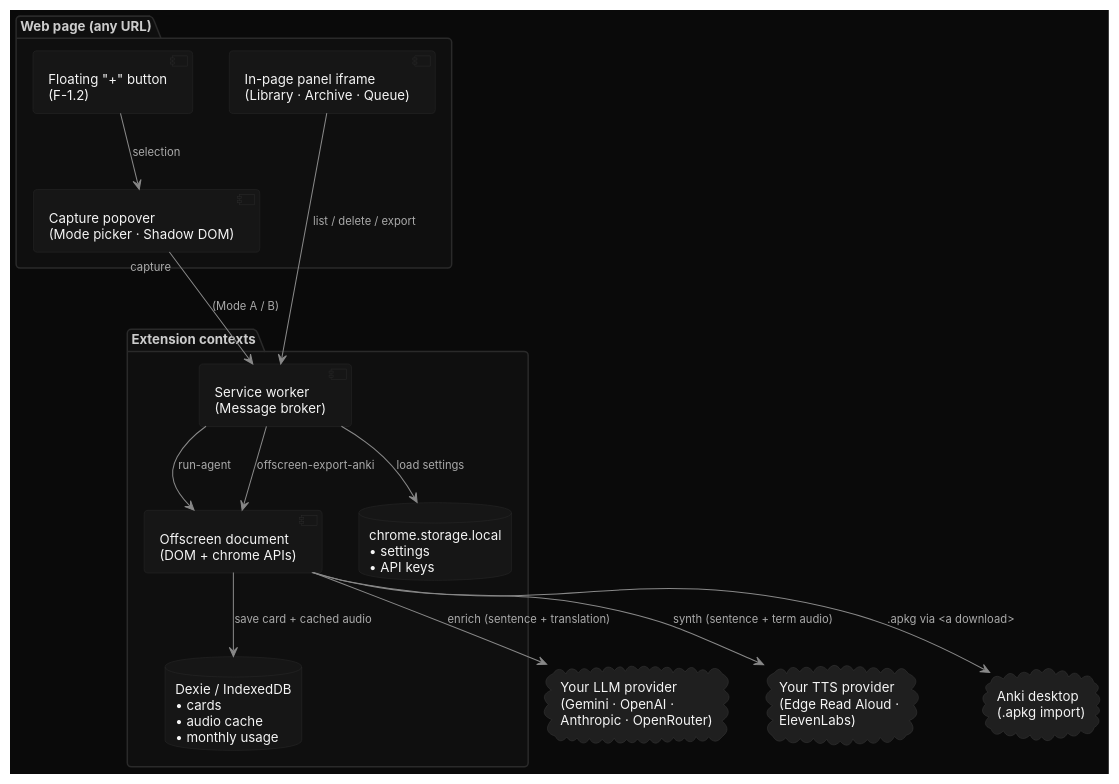
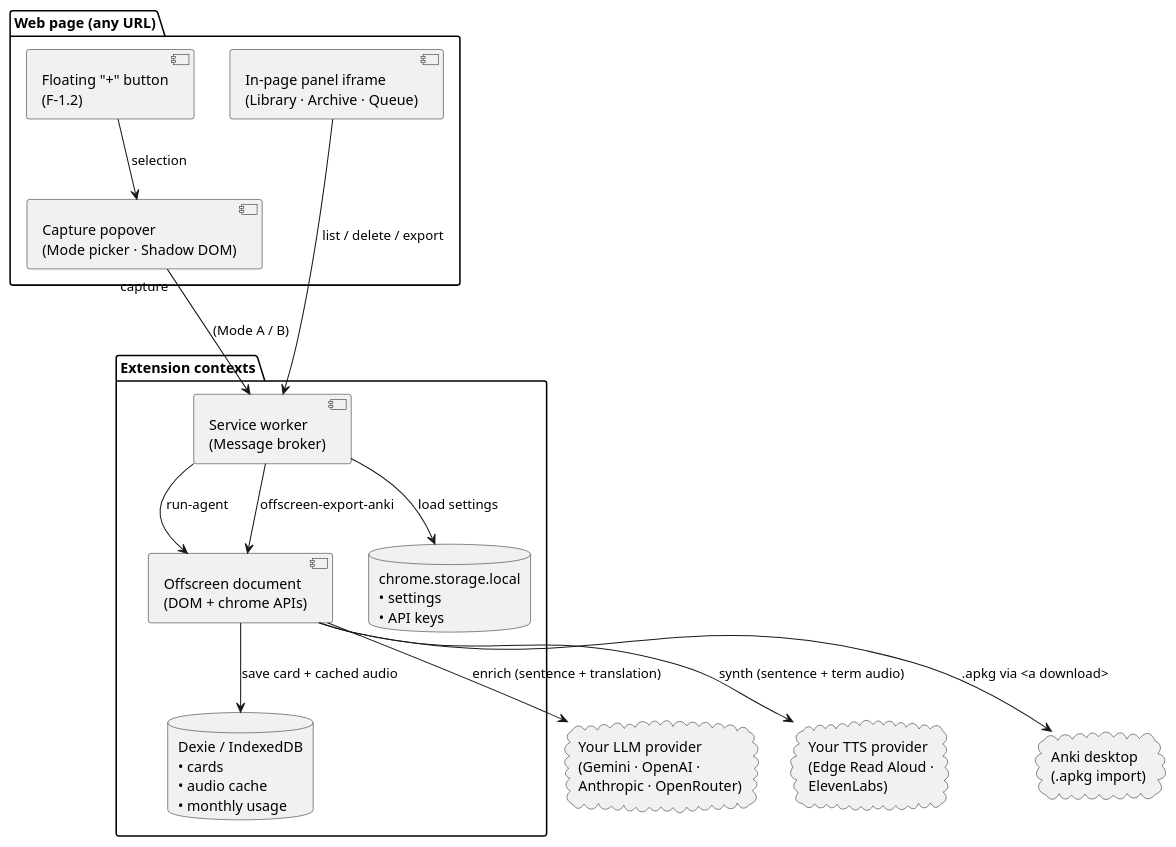
Before and after one commit to eliasbiondo/hermes: the diagram in docs/architecture.puml, drawn with PlantUML.

Commit message:
docs(diagram): drop custom skinparams from architecture.puml
Use PlantUML's default look — squared corners, default colors,
default font. The dark-themed styling didn't read well against
GitHub's light README background.

```diff
--- a/docs/architecture.puml
+++ b/docs/architecture.puml
@@ -1,66 +1,35 @@
 @startuml hermes-architecture
 
 ' Architecture overview — Hermes browser extension.
 ' Rendered on-the-fly by https://www.plantuml.com/plantuml/proxy
 ' from raw.githubusercontent.com/eliasbiondo/hermes/main/docs/architecture.puml
-
-skinparam backgroundColor #0a0a0a
-skinparam defaultFontName "Inter"
-skinparam defaultFontSize 13
-skinparam defaultFontColor #f5f5f5
-skinparam shadowing false
-skinparam roundCorner 8
-
-skinparam component {
-  BackgroundColor #161616
-  BorderColor #2a2a2a
-  FontColor #f5f5f5
-}
-skinparam database {
-  BackgroundColor #161616
-  BorderColor #2a2a2a
-  FontColor #f5f5f5
-}
-skinparam cloud {
-  BackgroundColor #1f1f1f
-  BorderColor #3a3a3a
-  FontColor #f5f5f5
-}
-skinparam package {
-  BackgroundColor #0f0f0f
-  BorderColor #2a2a2a
-  FontColor #cccccc
-}
-skinparam ArrowColor #888888
-skinparam ArrowFontColor #aaaaaa
-skinparam ArrowFontSize 11
 
 package "Web page (any URL)" {
   [Floating "+" button\n(F-1.2)] as FAB
   [Capture popover\n(Mode picker · Shadow DOM)] as POPOVER
   [In-page panel iframe\n(Library · Archive · Queue)] as PANEL
 }
 
 package "Extension contexts" {
   [Service worker\n(Message broker)] as SW
   [Offscreen document\n(DOM + chrome APIs)] as OFFSCREEN
   database "Dexie / IndexedDB\n• cards\n• audio cache\n• monthly usage" as DEXIE
   database "chrome.storage.local\n• settings\n• API keys" as STORAGE
 }
 
 cloud "Your LLM provider\n(Gemini · OpenAI ·\nAnthropic · OpenRouter)" as LLM
 cloud "Your TTS provider\n(Edge Read Aloud ·\nElevenLabs)" as TTS
 cloud "Anki desktop\n(.apkg import)" as ANKI
 
 FAB        --> POPOVER : selection
 POPOVER    --> SW       : "capture"\n(Mode A / B)
 SW         --> OFFSCREEN : "run-agent"
 OFFSCREEN  --> LLM       : enrich (sentence + translation)
 OFFSCREEN  --> TTS       : synth (sentence + term audio)
 OFFSCREEN  --> DEXIE     : save card + cached audio
 SW         --> STORAGE   : load settings
 PANEL      --> SW        : list / delete / export
 SW         --> OFFSCREEN : "offscreen-export-anki"
 OFFSCREEN  --> ANKI      : .apkg via <a download>
 
 @enduml
```
